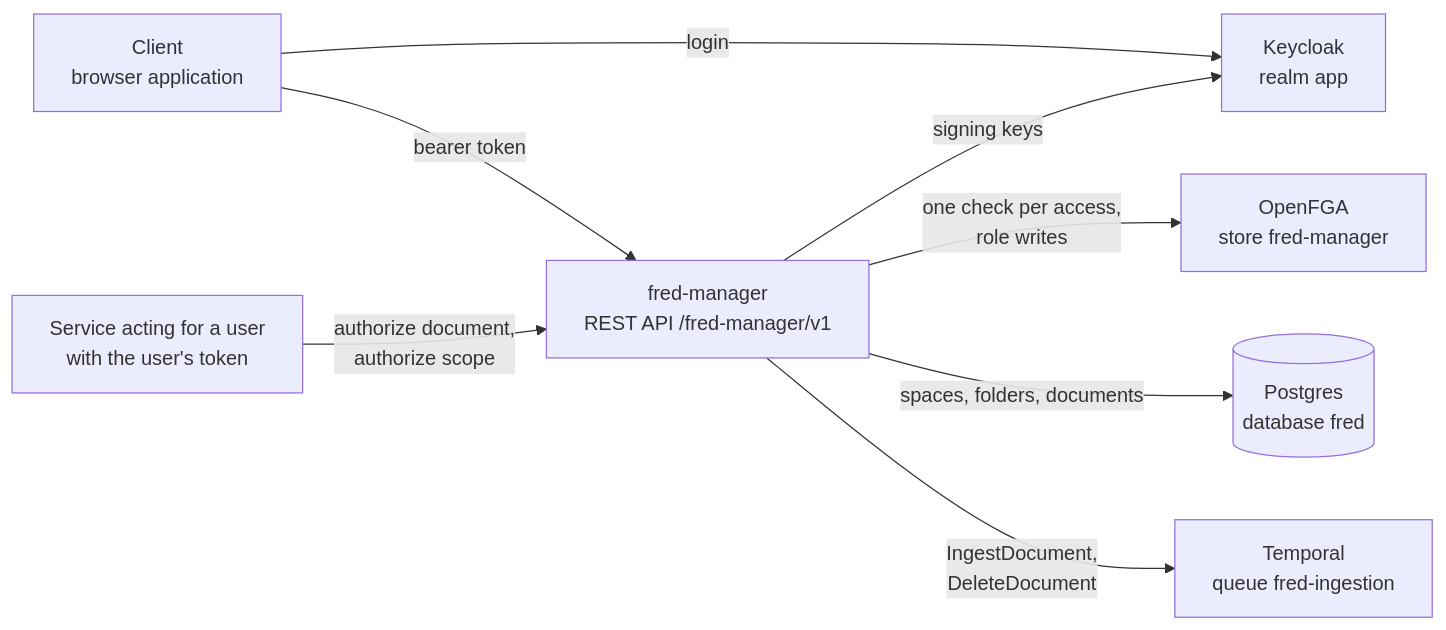
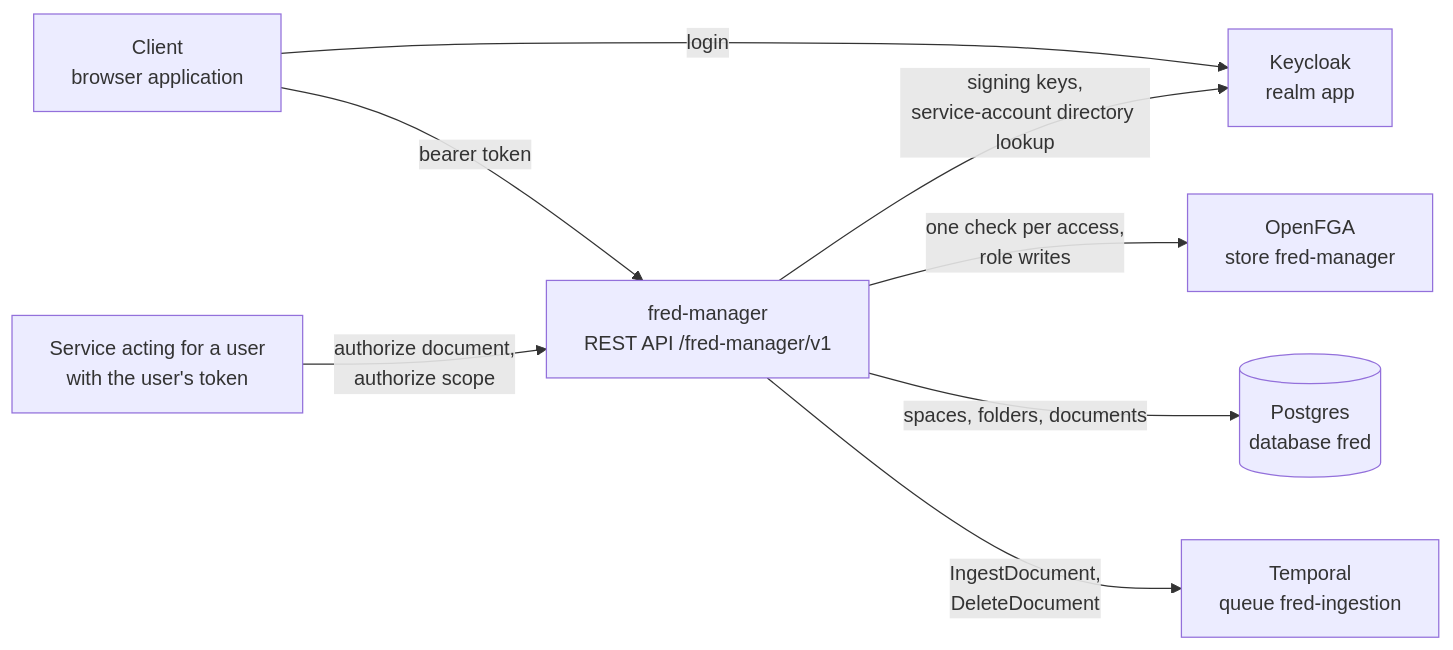
The diagram in docs/architecture/02-context.md (ThalesGroup/fred), drawn with Mermaid before and after one commit. The commit also changed other lines of this file and 37 other files, not shown here.

````diff
--- a/docs/architecture/02-context.md
+++ b/docs/architecture/02-context.md
@@ -3,18 +3,18 @@
 ```mermaid
 flowchart LR
     client["Client<br/>browser application"]
     caller["Service acting for a user<br/>with the user's token"]
     manager["fred-manager<br/>REST API /fred-manager/v1"]
     keycloak["Keycloak<br/>realm app"]
     openfga["OpenFGA<br/>store fred-manager"]
     postgres[("Postgres<br/>database fred")]
     temporal["Temporal<br/>queue fred-ingestion"]
 
     client -- "bearer token" --> manager
     caller -- "authorize document,<br/>authorize scope" --> manager
     client -- "login" --> keycloak
-    manager -- "signing keys" --> keycloak
+    manager -- "signing keys,<br/>service-account directory lookup" --> keycloak
     manager -- "one check per access,<br/>role writes" --> openfga
     manager -- "spaces, folders, documents" --> postgres
     manager -- "IngestDocument,<br/>DeleteDocument" --> temporal
 ```
````
